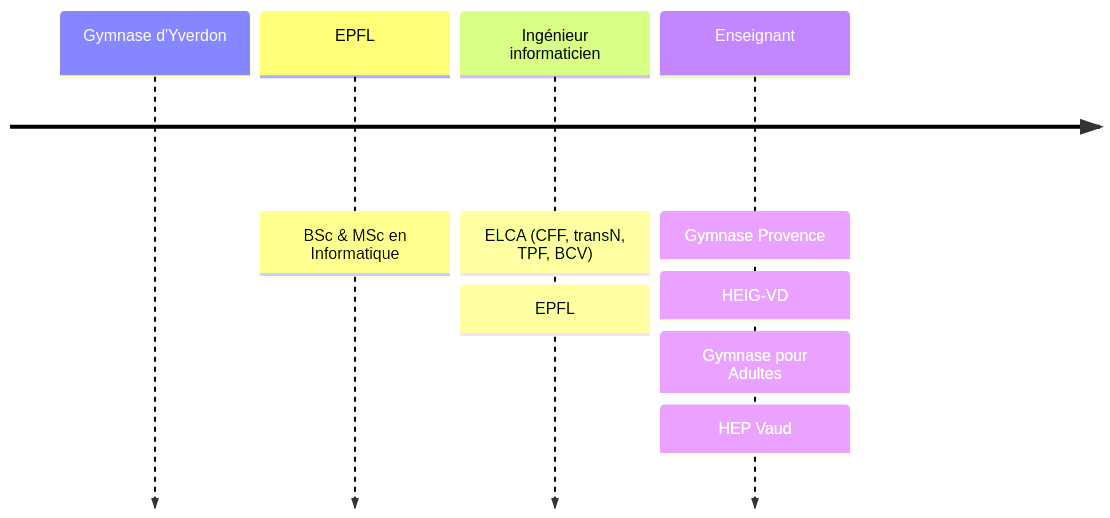
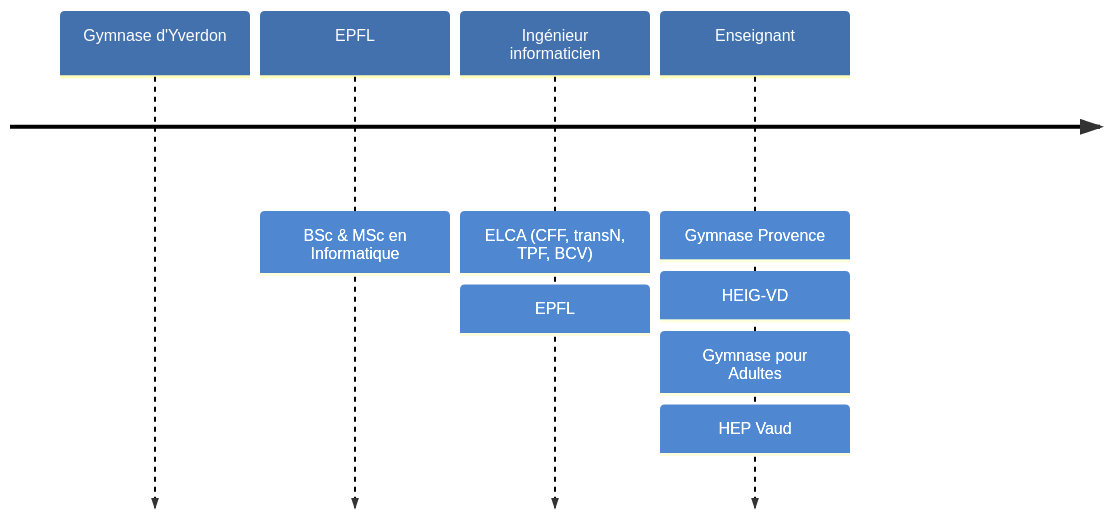
Before and after one commit to blueur/gymnase-2425: the diagram in static/slide/3cci-intro.md, drawn with Mermaid. The commit also changed other lines of this file and 11 other files, not shown here.

````diff
--- a/static/slide/3cci-intro.md
+++ b/static/slide/3cci-intro.md
@@ -9,7 +9,8 @@
 ```mermaid
+%%{init: { 'themeVariables': {'cScale0': '#4271ae'}, 'timeline': {'disableMulticolor': true}}}%%
 timeline
   Gymnase d'Yverdon
   EPFL : BSc & MSc en Informatique
   Ingénieur informaticien : ELCA (CFF, transN, TPF, BCV) : EPFL
   Enseignant : Gymnase Provence : HEIG-VD : Gymnase pour Adultes : HEP Vaud
 ```
````
